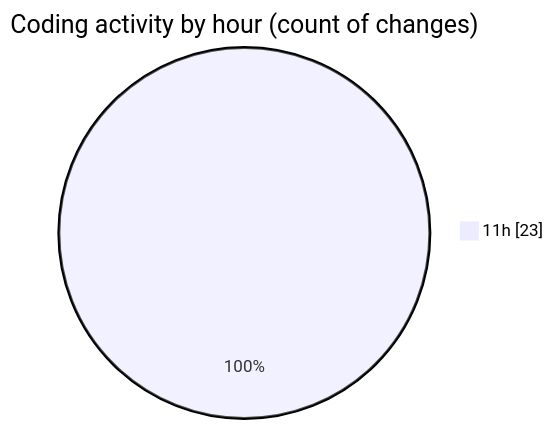
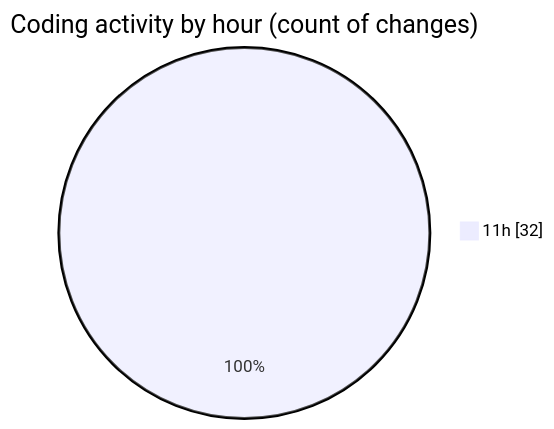
One commit to momahboobian/code-tracking changed the second of 2 diagrams in 2026-03-27/cda/README.md. Above: the diagram before and after it, drawn with Mermaid. The commit also changed other lines of this file and 1 other file, not shown here.

````diff
--- a/2026-03-27/cda/README.md
+++ b/2026-03-27/cda/README.md
@@ -28,5 +31,5 @@
 ```mermaid
 pie showData
 title Coding activity by hour (count of changes)
-"11h" : 23
+"11h" : 32
 ```
````
